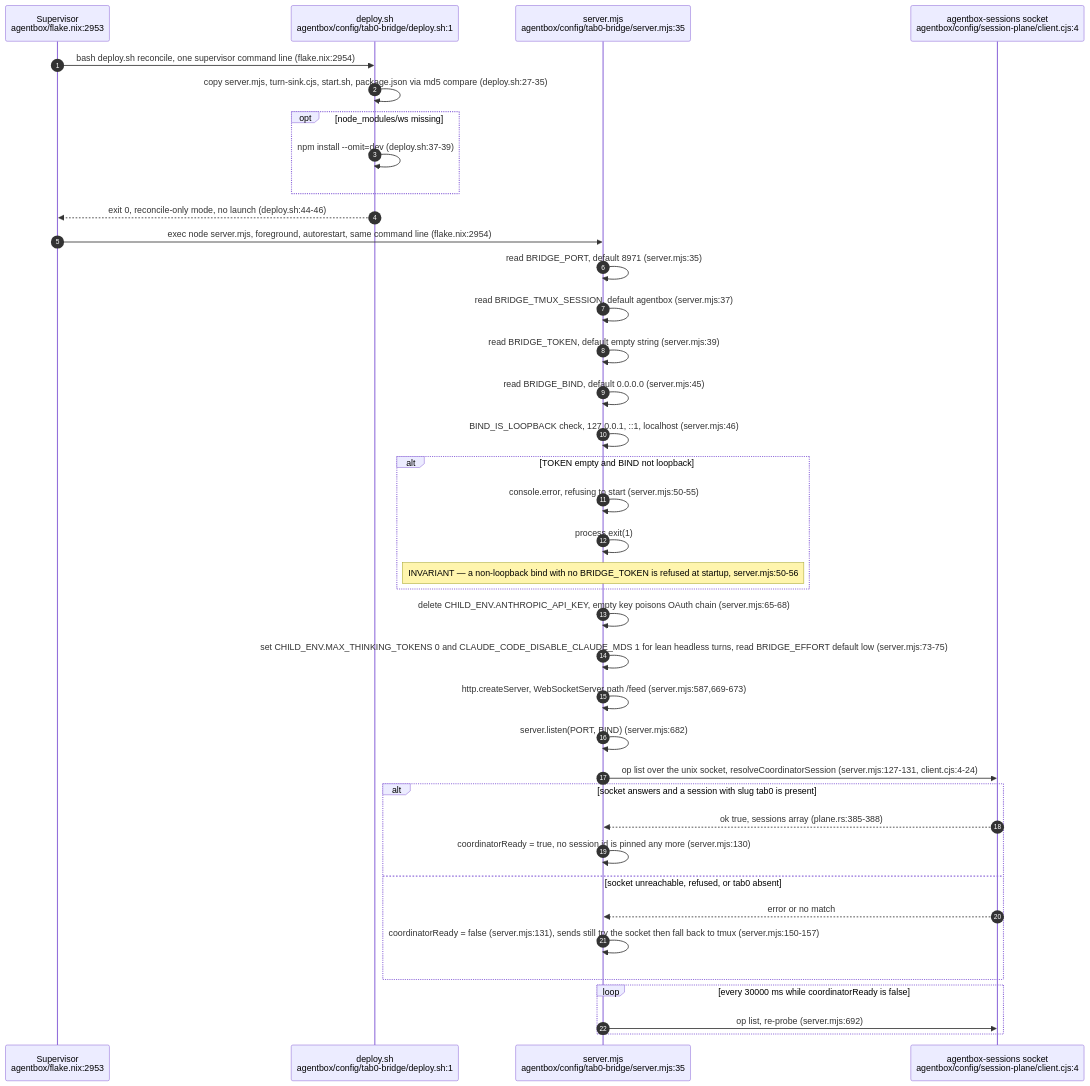
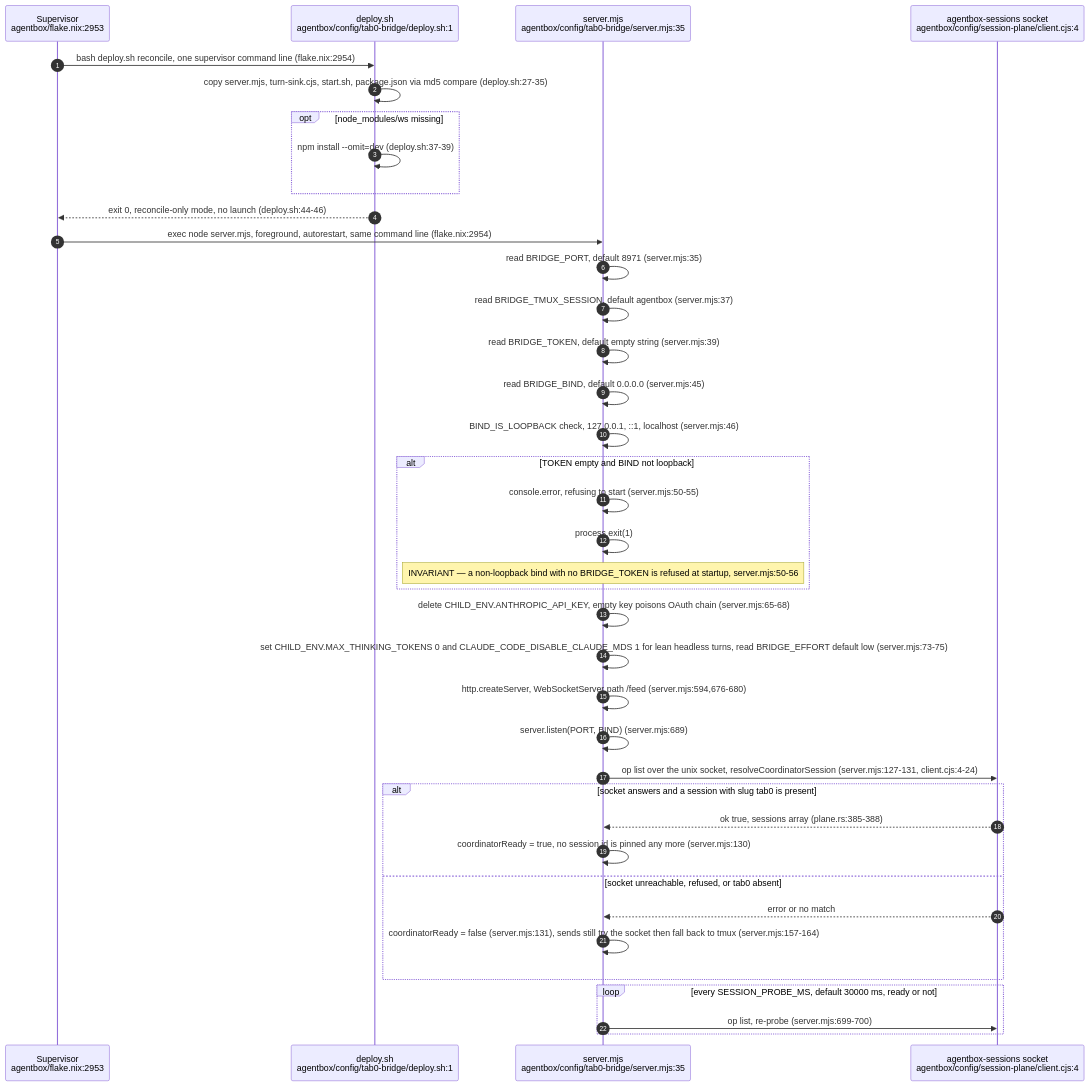
Before and after one commit to DreamLab-AI/VisionFlow: the first of 12 diagrams in docs/diagrams/agentbox/12-tab0-bridge-and-interaction-plane.md, drawn with Mermaid. The commit also changed other lines of this file and 142 other files, not shown here.

First line of the commit message:
docs(diagrams): one System One route; re-verify 140 topics at today's heads

````diff
--- a/docs/diagrams/agentbox/12-tab0-bridge-and-interaction-plane.md
+++ b/docs/diagrams/agentbox/12-tab0-bridge-and-interaction-plane.md
@@ -53,41 +53,41 @@
 ```mermaid
 sequenceDiagram
     autonumber
     participant Sup as Supervisor<br/>agentbox/flake.nix:2953
     participant Dep as deploy.sh<br/>agentbox/config/tab0-bridge/deploy.sh:1
     participant Node as server.mjs<br/>agentbox/config/tab0-bridge/server.mjs:35
     participant Sock as agentbox-sessions socket<br/>agentbox/config/session-plane/client.cjs:4
 
     Sup->>Dep: bash deploy.sh reconcile, one supervisor command line (flake.nix:2954)
     Dep->>Dep: copy server.mjs, turn-sink.cjs, start.sh, package.json via md5 compare (deploy.sh:27-35)
     opt node_modules/ws missing
         Dep->>Dep: npm install --omit=dev (deploy.sh:37-39)
     end
     Dep-->>Sup: exit 0, reconcile-only mode, no launch (deploy.sh:44-46)
     Sup->>Node: exec node server.mjs, foreground, autorestart, same command line (flake.nix:2954)
     Node->>Node: read BRIDGE_PORT, default 8971 (server.mjs:35)
     Node->>Node: read BRIDGE_TMUX_SESSION, default agentbox (server.mjs:37)
     Node->>Node: read BRIDGE_TOKEN, default empty string (server.mjs:39)
     Node->>Node: read BRIDGE_BIND, default 0.0.0.0 (server.mjs:45)
     Node->>Node: BIND_IS_LOOPBACK check, 127.0.0.1, ::1, localhost (server.mjs:46)
     alt TOKEN empty and BIND not loopback
         Node->>Node: console.error, refusing to start (server.mjs:50-55)
         Node->>Node: process.exit(1)
         Note over Node: INVARIANT — a non-loopback bind with no BRIDGE_TOKEN is refused at startup, server.mjs:50-56
     end
     Node->>Node: delete CHILD_ENV.ANTHROPIC_API_KEY, empty key poisons OAuth chain (server.mjs:65-68)
     Node->>Node: set CHILD_ENV.MAX_THINKING_TOKENS 0 and CLAUDE_CODE_DISABLE_CLAUDE_MDS 1 for lean headless turns, read BRIDGE_EFFORT default low (server.mjs:73-75)
-    Node->>Node: http.createServer, WebSocketServer path /feed (server.mjs:587,669-673)
-    Node->>Node: server.listen(PORT, BIND) (server.mjs:682)
+    Node->>Node: http.createServer, WebSocketServer path /feed (server.mjs:594,676-680)
+    Node->>Node: server.listen(PORT, BIND) (server.mjs:689)
     Node->>Sock: op list over the unix socket, resolveCoordinatorSession (server.mjs:127-131, client.cjs:4-24)
     alt socket answers and a session with slug tab0 is present
         Sock-->>Node: ok true, sessions array (plane.rs:385-388)
         Node->>Node: coordinatorReady = true, no session id is pinned any more (server.mjs:130)
     else socket unreachable, refused, or tab0 absent
         Sock-->>Node: error or no match
-        Node->>Node: coordinatorReady = false (server.mjs:131), sends still try the socket then fall back to tmux (server.mjs:150-157)
+        Node->>Node: coordinatorReady = false (server.mjs:131), sends still try the socket then fall back to tmux (server.mjs:157-164)
     end
-    loop every 30000 ms while coordinatorReady is false
-        Node->>Sock: op list, re-probe (server.mjs:692)
+    loop every SESSION_PROBE_MS, default 30000 ms, ready or not
+        Node->>Sock: op list, re-probe (server.mjs:699-700)
     end
 ```
````
